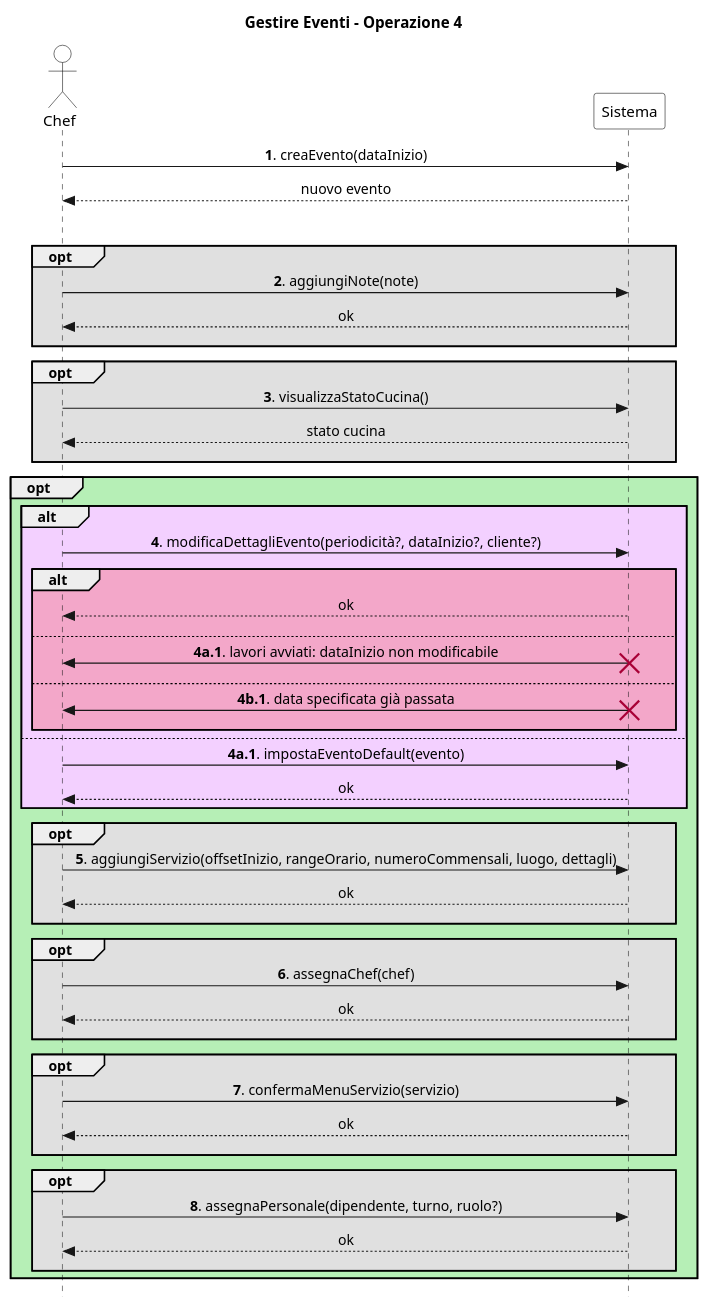
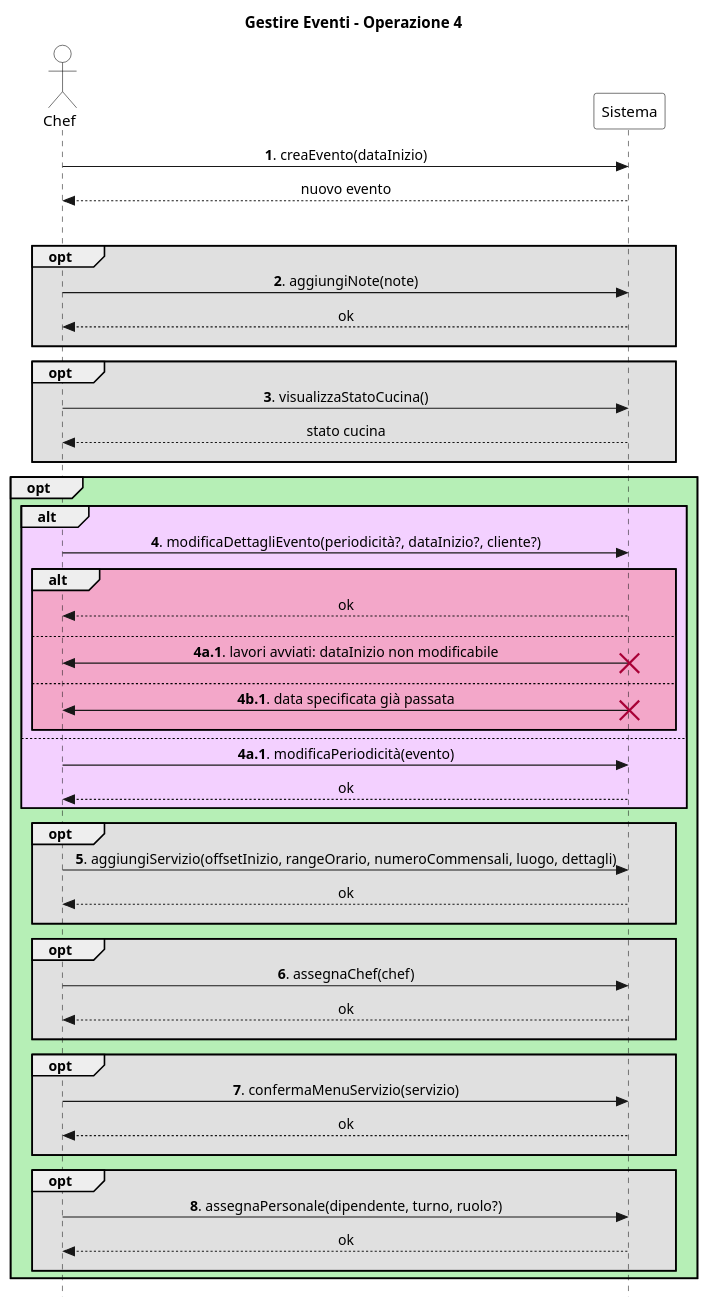
Before and after one commit to stefa168/sas-project: the diagram in UP/Requisiti/UC Gestire Eventi/SSD/Estensioni-Eccezioni Op4.puml, drawn with PlantUML. The commit also changed 5 other files, not shown here.

```diff
--- a/UP/Requisiti/UC Gestire Eventi/SSD/Estensioni-Eccezioni Op4.puml
+++ b/UP/Requisiti/UC Gestire Eventi/SSD/Estensioni-Eccezioni Op4.puml
@@ -1,77 +1,77 @@
 @startuml
 skinparam Style strictuml
 skinparam SequenceMessageAlign center
 
 skinparam sequence {
     ActorBorderColor Black
     ActorBackgroundColor White
     ParticipantBorderColor Black
     ParticipantBackgroundColor White
 }
 
 actor Chef
 participant Sistema
 
 title Gestire Eventi - Operazione 4
 
 Chef -> Sistema: **1**. creaEvento(dataInizio)
 return nuovo evento
 
 loop #e0e0e0
     opt #e0e0e0
         Chef -> Sistema: **2**. aggiungiNote(note)
         return ok
         ||10||
     end
 
     opt #e0e0e0
         Chef -> Sistema: **3**. visualizzaStatoCucina()
         return stato cucina
         ||10||
     end
 
     opt #b6efb6
         alt #f3d0ff
             Chef -> Sistema: **4**. modificaDettagliEvento(periodicità?, dataInizio?, cliente?)
             alt #f3a7c9
                 return ok
                 ||10||
             else
                 Chef <- Sistema: **4a.1**. lavori avviati: dataInizio non modificabile
                 destroy Sistema
                 ||10||
              else
                 Chef <- Sistema: **4b.1**. data specificata già passata
                 destroy Sistema
                 ||10||
             end
         else
-            Chef -> Sistema: **4a.1**. impostaEventoDefault(evento)
+            Chef -> Sistema: **4a.1**. modificaPeriodicità(evento)
             return ok
     end
 
     opt #e0e0e0
         Chef -> Sistema: **5**. aggiungiServizio(offsetInizio, rangeOrario, numeroCommensali, luogo, dettagli)
         return ok
         ||10||
     end
 
     opt #e0e0e0
         Chef -> Sistema: **6**. assegnaChef(chef)
         return ok
         ||10||
     end
 
     opt #e0e0e0
         Chef -> Sistema: **7**. confermaMenuServizio(servizio)
         return ok
         ||10||
     end
 
     opt #e0e0e0
         Chef -> Sistema: **8**. assegnaPersonale(dipendente, turno, ruolo?)
         return ok
         ||10||
     end
 end
 @enduml
```
